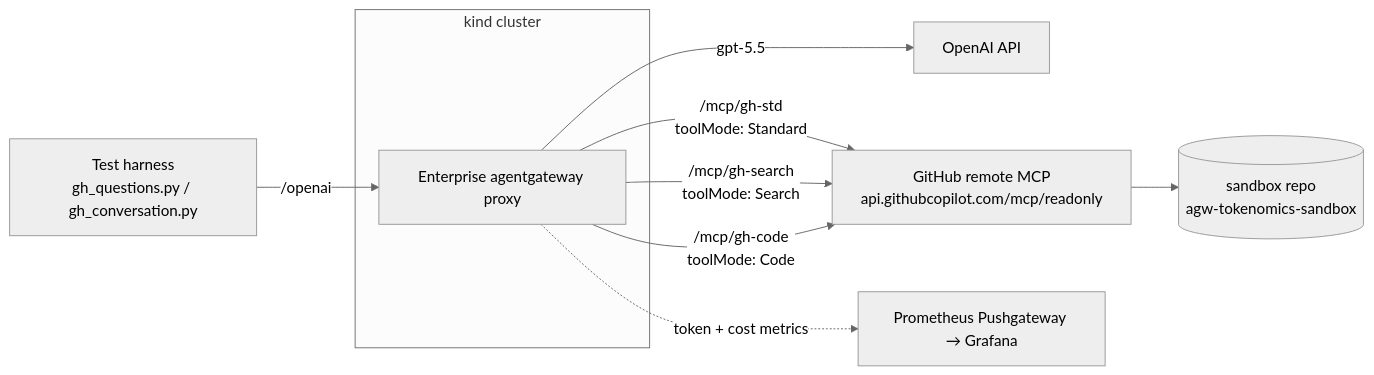
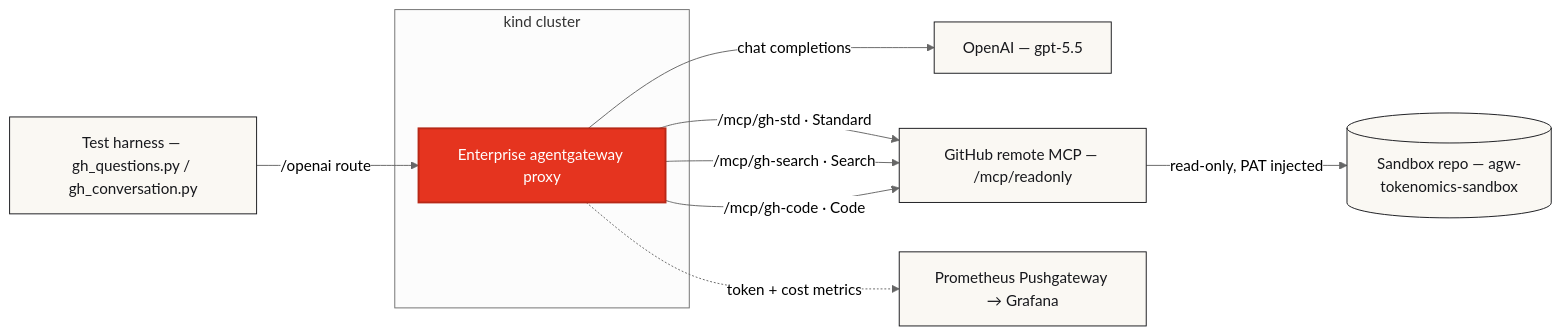
One commit to sebbycorp/maniak-io changed the diagram in content/articles/2026-06-20-github-mcp-token-economics-agentgateway-tool-modes.md. Above: the diagram before and after it, drawn with Mermaid (neutral theme).

Commit message:
Fix architecture diagram rendering on token economics blog
The Mermaid diagram failed to render due to a bracketed subgraph title and
<br/> tags in edge labels, neither supported by the site's Mermaid setup.
Rewrote with plain subgraph syntax, quoted single-line labels, and
theme-matched classDef styling so it renders cleanly.

Claude-Session: https://claude.ai/code/session_01MbR2MuE4egmxe9HvYy12sm

````diff
--- a/content/articles/2026-06-20-github-mcp-token-economics-agentgateway-tool-modes.md
+++ b/content/articles/2026-06-20-github-mcp-token-economics-agentgateway-tool-modes.md
@@ -35,13 +35,26 @@
 ```mermaid
 flowchart LR
-  H[Test harness<br/>gh_questions.py / gh_conversation.py] -->|/openai| GW
-  subgraph K8s [kind cluster]
-    GW[Enterprise agentgateway proxy]
+  H["Test harness — gh_questions.py / gh_conversation.py"]
+
+  subgraph kind cluster
+    GW["Enterprise agentgateway proxy"]
   end
-  GW -->|gpt-5.5| OAI[OpenAI API]
-  GW -->|/mcp/gh-std<br/>toolMode: Standard| EXT
-  GW -->|/mcp/gh-search<br/>toolMode: Search| EXT
-  GW -->|/mcp/gh-code<br/>toolMode: Code| EXT
-  EXT[GitHub remote MCP<br/>api.githubcopilot.com/mcp/readonly] --> GH[(sandbox repo<br/>agw-tokenomics-sandbox)]
-  GW -.->|token + cost metrics| PG[Prometheus Pushgateway → Grafana]
+
+  OAI["OpenAI — gpt-5.5"]
+  EXT["GitHub remote MCP — /mcp/readonly"]
+  GH[("Sandbox repo — agw-tokenomics-sandbox")]
+  OBS["Prometheus Pushgateway → Grafana"]
+
+  H -->|"/openai route"| GW
+  GW -->|"chat completions"| OAI
+  GW -->|"/mcp/gh-std · Standard"| EXT
+  GW -->|"/mcp/gh-search · Search"| EXT
+  GW -->|"/mcp/gh-code · Code"| EXT
+  EXT -->|"read-only, PAT injected"| GH
+  GW -.->|"token + cost metrics"| OBS
+
+  classDef proxy fill:#E5341F,stroke:#B82817,color:#FFFFFF,stroke-width:2px;
+  classDef ext fill:#FAF8F3,stroke:#17181C,color:#17181C,stroke-width:1px;
+  class GW proxy;
+  class H,OAI,EXT,GH,OBS ext;
 ```
````
